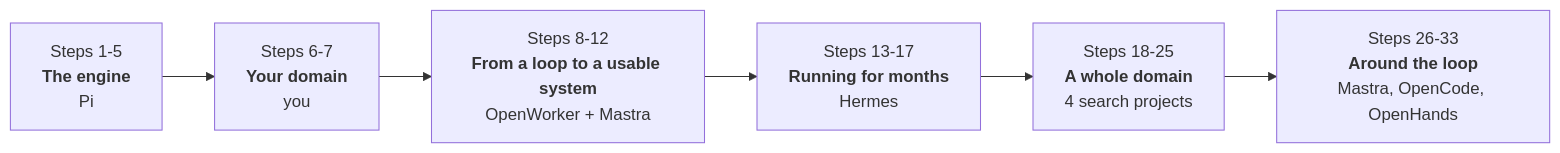
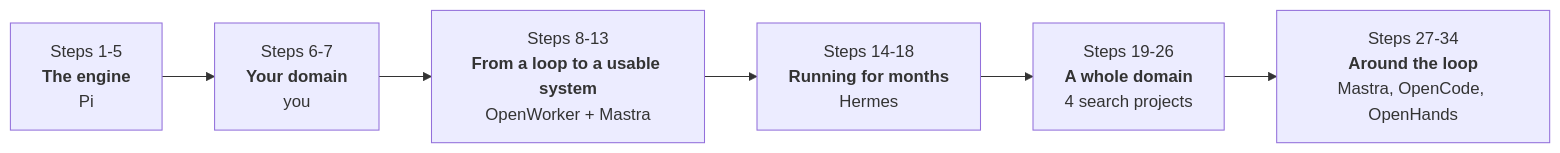
One commit to whereissam/learn-agent-engineering-from-production changed the second of 2 diagrams in README.md. Above: the diagram before and after it, drawn with Mermaid. The commit also changed other lines of this file and 12 other files, not shown here.

````diff
--- a/README.md
+++ b/README.md
@@ -70,8 +70,8 @@
 ```mermaid
 flowchart LR
     P1["Steps 1-5<br/><b>The engine</b><br/>Pi"] --> P2["Steps 6-7<br/><b>Your domain</b><br/>you"]
-    P2 --> P3["Steps 8-12<br/><b>From a loop to a usable system</b><br/>OpenWorker + Mastra"]
-    P3 --> P4["Steps 13-17<br/><b>Running for months</b><br/>Hermes"]
-    P4 --> P5["Steps 18-25<br/><b>A whole domain</b><br/>4 search projects"]
-    P5 --> P6["Steps 26-33<br/><b>Around the loop</b><br/>Mastra, OpenCode, OpenHands"]
+    P2 --> P3["Steps 8-13<br/><b>From a loop to a usable system</b><br/>OpenWorker + Mastra"]
+    P3 --> P4["Steps 14-18<br/><b>Running for months</b><br/>Hermes"]
+    P4 --> P5["Steps 19-26<br/><b>A whole domain</b><br/>4 search projects"]
+    P5 --> P6["Steps 27-34<br/><b>Around the loop</b><br/>Mastra, OpenCode, OpenHands"]
 ```
````
